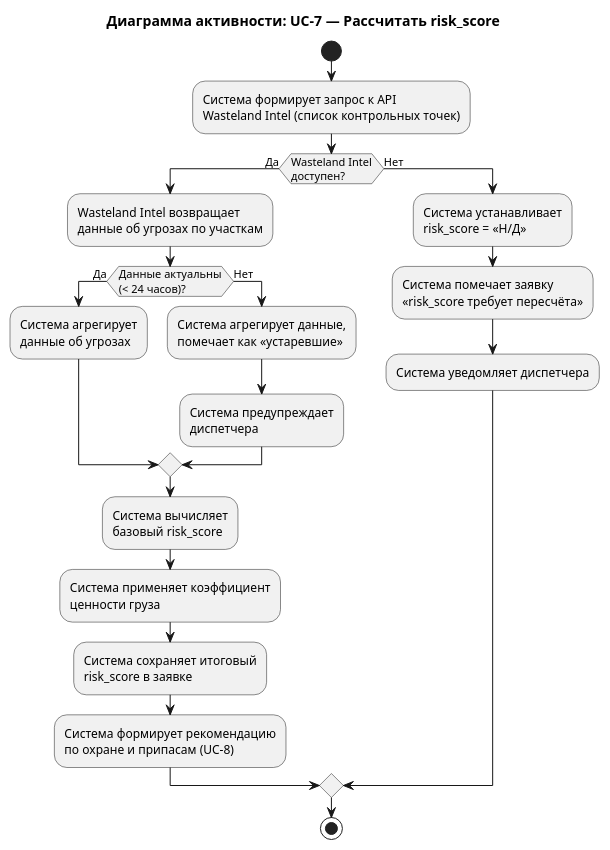
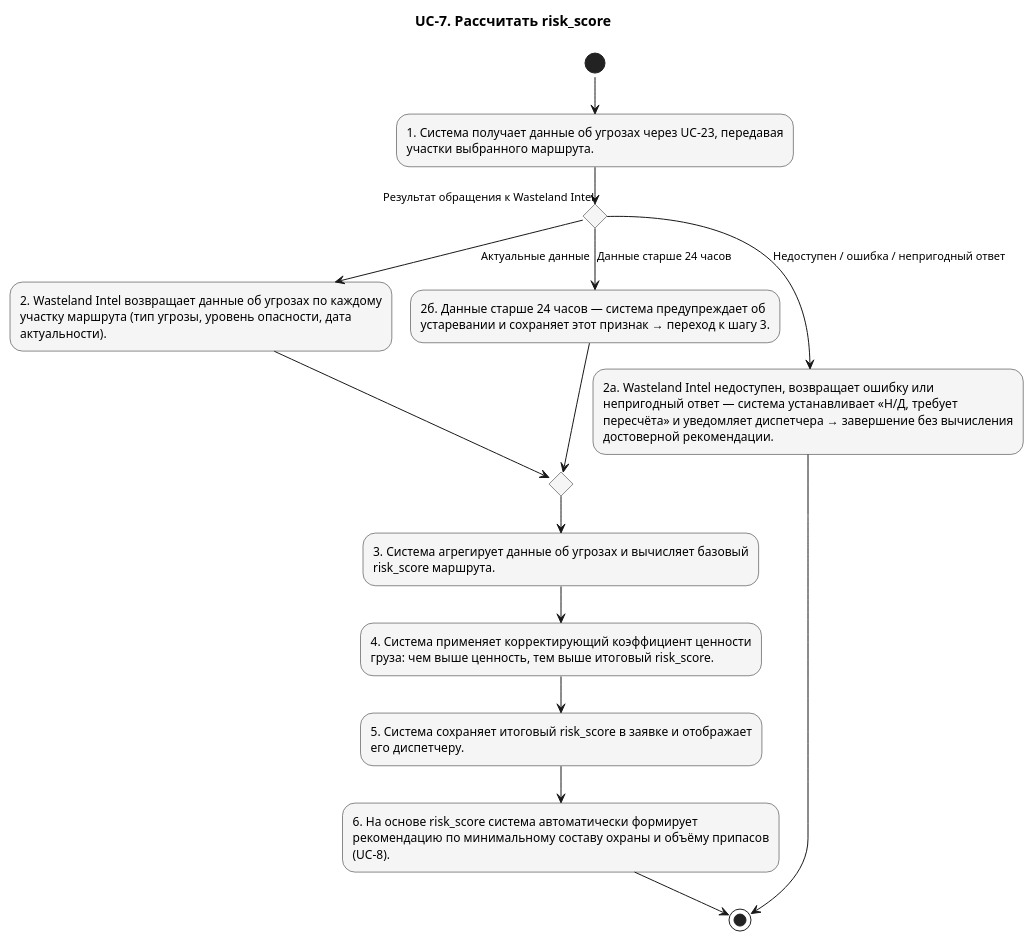
One commit to granikartem/MPI changed the diagram in docs/diagrams/usecases/UC_7_Activity.puml. Above: the diagram before and after it, drawn with PlantUML. The commit also changed 319 other files, not shown here.

Commit message:
Добавлены диаграммы

```diff
--- a/docs/diagrams/usecases/UC_7_Activity.puml
+++ b/docs/diagrams/usecases/UC_7_Activity.puml
@@ -1,45 +1,43 @@
 @startuml UC_7_Activity
-title Диаграмма активности: UC-7 — Рассчитать risk_score
+!pragma layout smetana
+skinparam shadowing false
+skinparam defaultFontName Arial
+skinparam defaultFontSize 12
+skinparam backgroundColor white
+skinparam nodesep 75
+skinparam ranksep 100
+skinparam ArrowFontSize 11
+skinparam usecaseBackgroundColor #F5F5F5
+skinparam activityBackgroundColor #F5F5F5
+top to bottom direction
+title UC-7. Рассчитать risk_score
 
-start
-
-:Система формирует запрос к API
-Wasteland Intel (список контрольных точек);
-
-if (Wasteland Intel\nдоступен?) then (Да)
-  :Wasteland Intel возвращает
-  данные об угрозах по участкам;
-
-  if (Данные актуальны\n(< 24 часов)?) then (Да)
-    :Система агрегирует
-    данные об угрозах;
-  else (Нет)
-    :Система агрегирует данные,
-    помечает как «устаревшие»;
-    :Система предупреждает
-    диспетчера;
-  endif
-
-  :Система вычисляет
-  базовый risk_score;
-
-  :Система применяет коэффициент
-  ценности груза;
-
-  :Система сохраняет итоговый
-  risk_score в заявке;
-
-  :Система формирует рекомендацию
-  по охране и припасам (UC-8);
-
-else (Нет)
-  :Система устанавливает
-  risk_score = «Н/Д»;
-  :Система помечает заявку
-  «risk_score требует пересчёта»;
-  :Система уведомляет диспетчера;
+' edge:e001
+(*) --> "1. Система получает данные об угрозах через UC-23, передавая\nучастки выбранного маршрута." as n002
+' edge:e007
+n002 --> if "Результат обращения к Wasteland Intel" as n009 then
 endif
-
-stop
-
+' edge:e008
+n009 -->[Актуальные данные] "2. Wasteland Intel возвращает данные об угрозах по каждому\nучастку маршрута (тип угрозы, уровень опасности, дата\nактуальности)." as n003
+' edge:e002
+n003 --> if "" as n012 then
+endif
+' edge:e013
+n012 --> "3. Система агрегирует данные об угрозах и вычисляет базовый\nrisk_score маршрута." as n004
+' edge:e003
+n004 --> "4. Система применяет корректирующий коэффициент ценности\nгруза: чем выше ценность, тем выше итоговый risk_score." as n005
+' edge:e004
+n005 --> "5. Система сохраняет итоговый risk_score в заявке и отображает\nего диспетчеру." as n006
+' edge:e005
+n006 --> "6. На основе risk_score система автоматически формирует\nрекомендацию по минимальному составу охраны и объёму припасов\n(UC-8)." as n007
+' edge:e006
+n007 --> (*1)
+' edge:e009
+n009 -->[Недоступен / ошибка / непригодный ответ] "2а. Wasteland Intel недоступен, возвращает ошибку или\nнепригодный ответ — система устанавливает «Н/Д, требует\nпересчёта» и уведомляет диспетчера → завершение без вычисления\nдостоверной рекомендации." as n010
+' edge:e010
+n010 --> (*1)
+' edge:e011
+n009 -->[Данные старше 24 часов] "2б. Данные старше 24 часов — система предупреждает об\nустаревании и сохраняет этот признак → переход к шагу 3." as n011
+' edge:e012
+n011 --> n012
 @enduml
```
